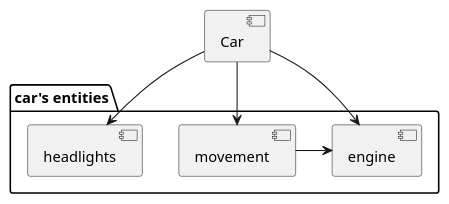
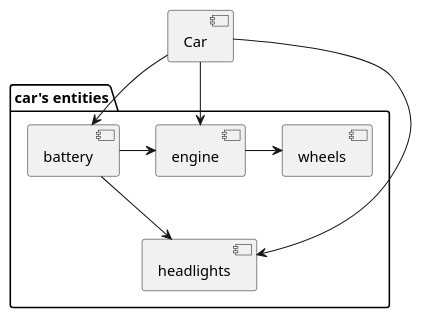
Before and after one commit to LKarlon/wildberries_work: the diagram in pkg/doc/Car.puml, drawn with PlantUML.

Commit message:
change uml

```diff
--- a/pkg/doc/Car.puml
+++ b/pkg/doc/Car.puml
@@ -1,15 +1,19 @@
 @startuml
 [Car]
 package "car's entities" {
+[headlights]
 [engine]
-[headlights]
-[movement]
+[wheels]
+[battery]
 }
+Car-->headlights
 Car-->engine
-Car-->movement
-movement->engine
-Car-->headlights
+Car-->battery
+battery -down->headlights
+battery->engine
+engine->wheels
+
 
 
 
 @enduml
```
